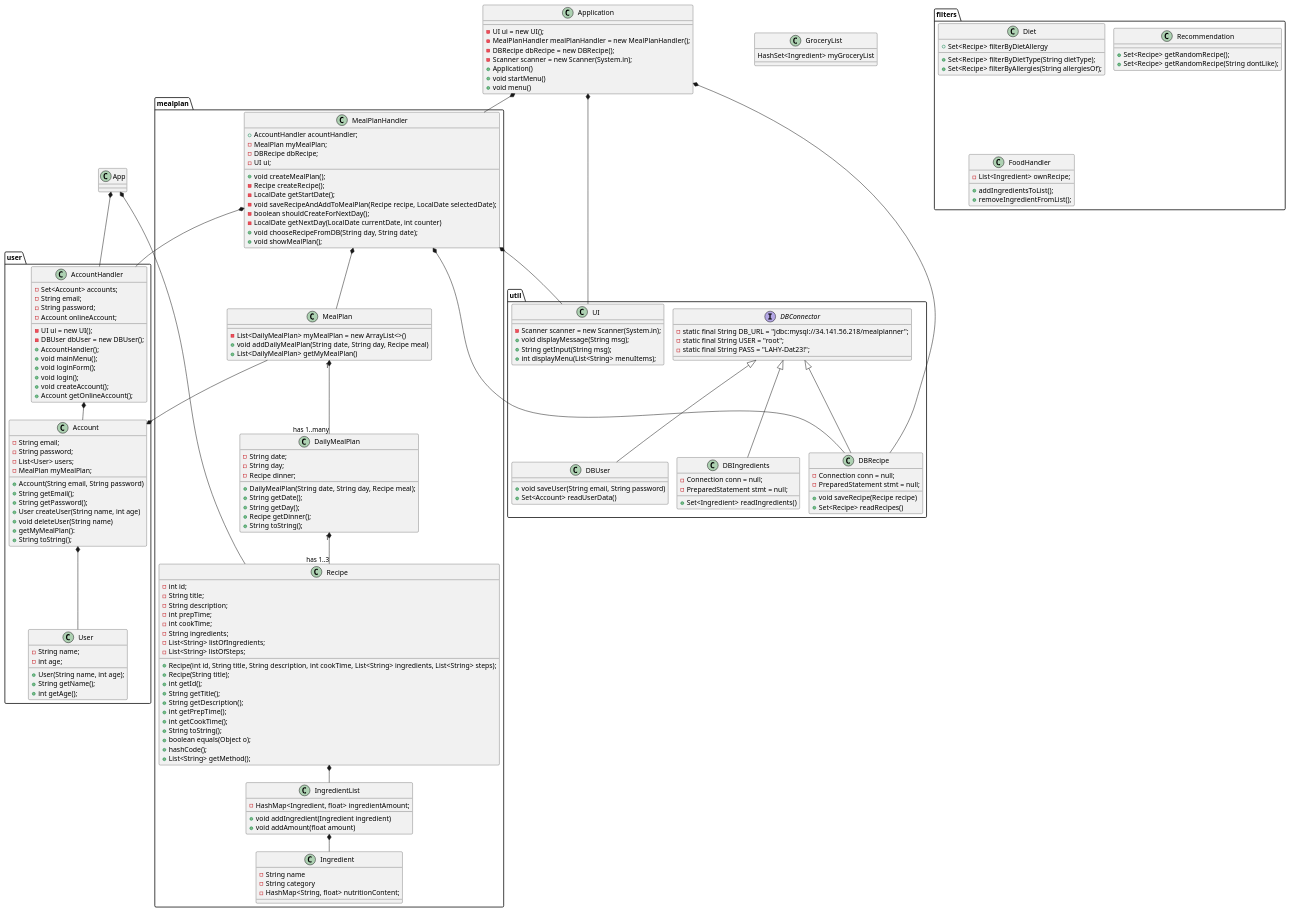
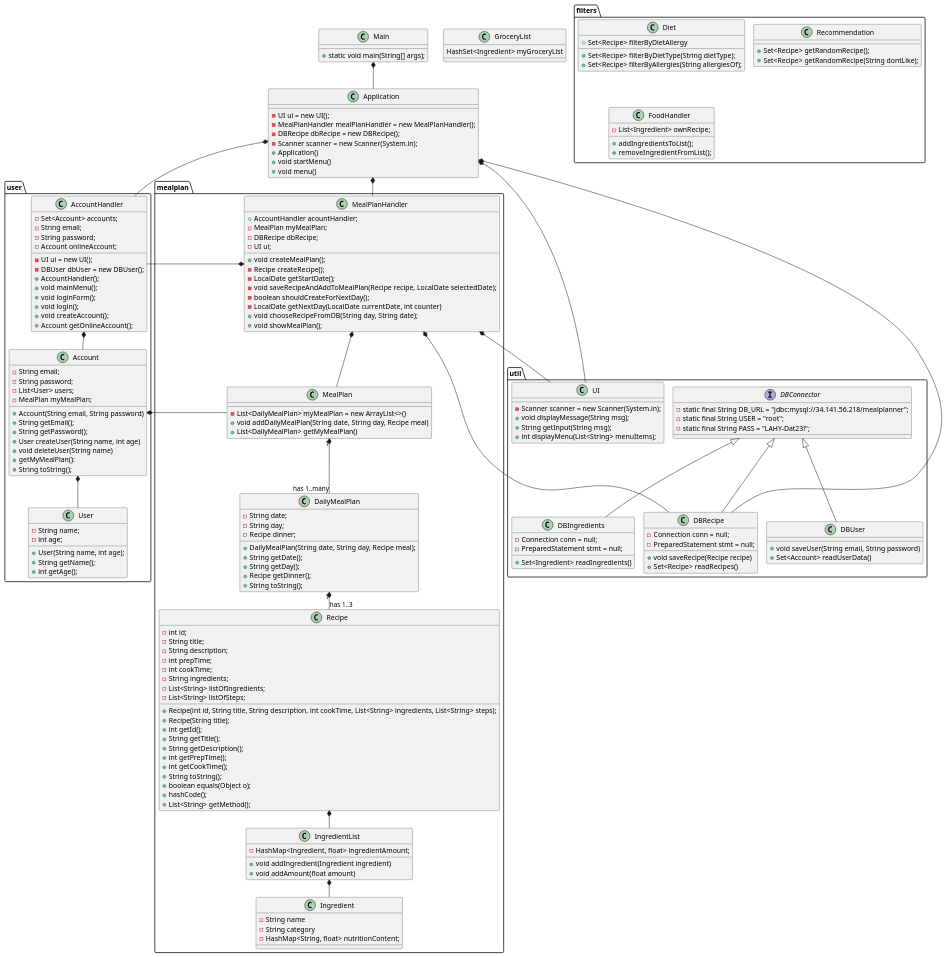
One commit to lassekh/ICE changed the diagram in Documents/Class Diagram.puml. Above: the diagram before and after it, drawn with PlantUML.

Commit message:
Update Class Diagram.puml

```diff
--- a/Documents/Class Diagram.puml
+++ b/Documents/Class Diagram.puml
@@ -2,8 +2,8 @@
 'https://plantuml.com/class-diagram
 !pragma layout smetana
 
+class Main
 class Application
-
 
 package "user"{
 class Account
@@ -35,9 +35,10 @@
 }
 
 'Label on relations
-App *-- AccountHandler
-App *-- Recipe
 
+Main *-- Application
+
+Application *-- AccountHandler
 Application *-- UI
 Application *-- MealPlanHandler
 Application *-- DBRecipe
@@ -65,6 +66,9 @@
 DBConnector <|-- DBIngredients
 
 'Methods and attributes
+
+Main : + static void main(String[] args);
+
 
 'Attributes
 Application : - UI ui = new UI();
```
